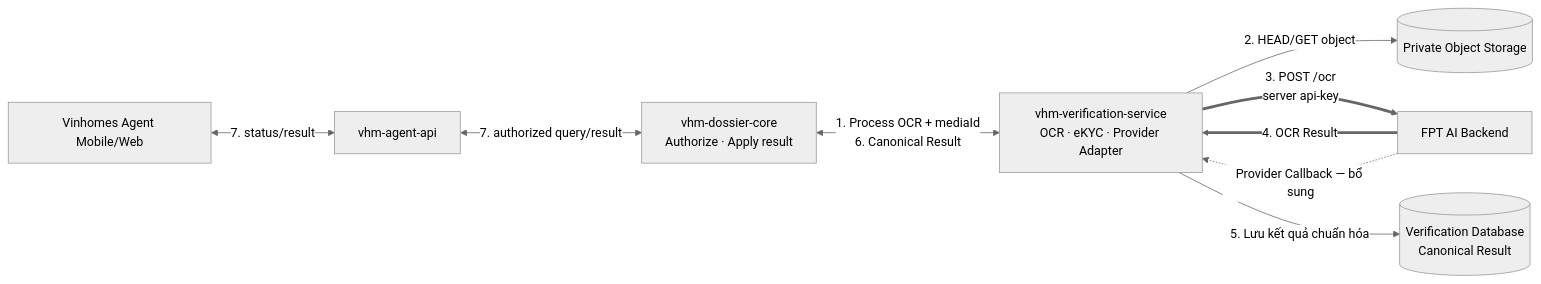
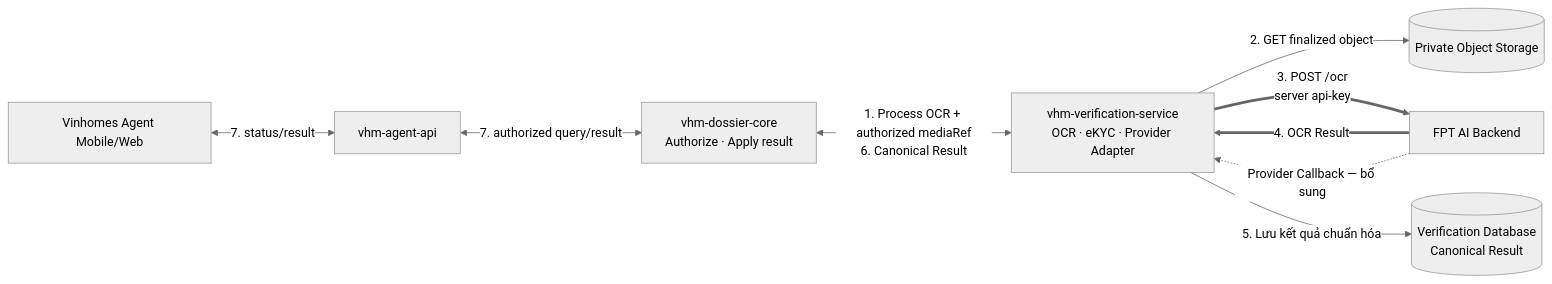
One commit to huynv-xyz/vhm changed the second of 10 diagrams in noxh.md. Above: the diagram before and after it, drawn with Mermaid (neutral theme). The commit also changed other lines of this file, not shown here.

````diff
--- a/noxh.md
+++ b/noxh.md
@@ -158,19 +156,19 @@
 ```mermaid
 flowchart LR
     AGENT["Vinhomes Agent Mobile/Web"]
     BFF["vhm-agent-api"]
     NOXH["vhm-dossier-core<br/>Authorize · Apply result"]
     VERIFY["vhm-verification-service<br/>OCR · eKYC · Provider Adapter"]
     MEDIA[("Private Object Storage")]
     PROVIDER["FPT AI Backend"]
     DB[("Verification Database<br/>Canonical Result")]
 
     AGENT <-->|"7. status/result"| BFF
     BFF <-->|"7. authorized query/result"| NOXH
-    NOXH <-->|"1. Process OCR + mediaId<br/>6. Canonical Result"| VERIFY
-    VERIFY -->|"2. HEAD/GET object"| MEDIA
+    NOXH <-->|"1. Process OCR + authorized mediaRef<br/>6. Canonical Result"| VERIFY
+    VERIFY -->|"2. GET finalized object"| MEDIA
     VERIFY ==>|"3. POST /ocr<br/>server api-key"| PROVIDER
     PROVIDER ==>|"4. OCR Result"| VERIFY
     PROVIDER -.->|"Provider Callback — bổ sung"| VERIFY
     VERIFY -->|"5. Lưu kết quả chuẩn hóa"| DB
 ```
````
